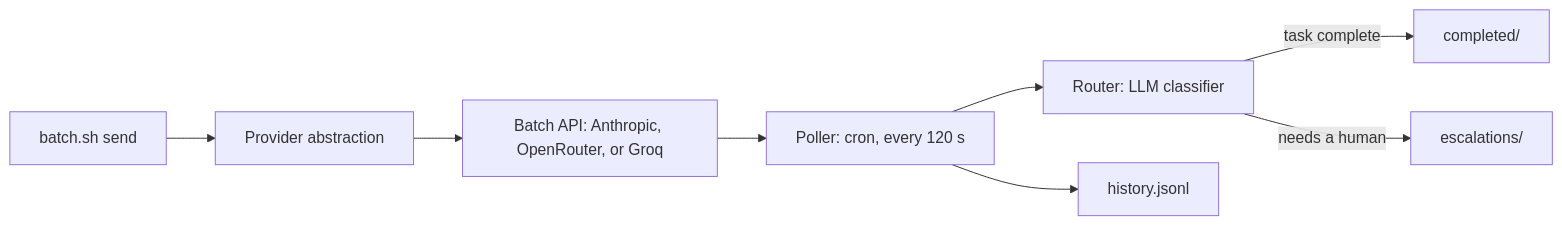
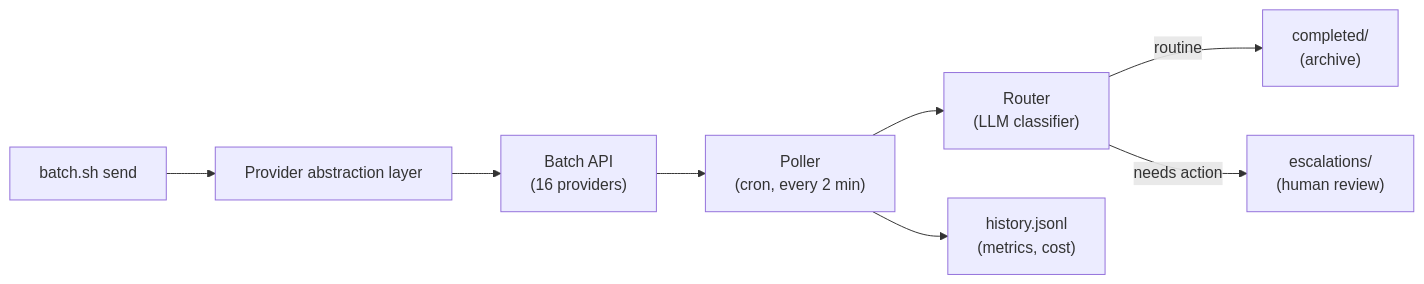
Before and after one commit to Hello-My-Name-Is-Kay/Batch-Processing-Helper: the diagram in README.md, drawn with Mermaid. The commit also changed other lines of this file, not shown here.

First line of the commit message:
docs: redesign README with TLDR and 16 providers documentation

````diff
--- a/README.md
+++ b/README.md
@@ -38,10 +44,10 @@
 ```mermaid
 flowchart LR
-    A[batch.sh send] --> B[Provider abstraction]
-    B --> C[Batch API: Anthropic, OpenRouter, or Groq]
-    C --> D[Poller: cron, every 120 s]
-    D --> E[Router: LLM classifier]
-    E -->|task complete| F[completed/]
-    E -->|needs a human| G[escalations/]
-    D --> I[history.jsonl]
+    A["batch.sh send"] --> B["Provider abstraction layer"]
+    B --> C["Batch API<br/>(16 providers)"]
+    C --> D["Poller<br/>(cron, every 2 min)"]
+    D --> E["Router<br/>(LLM classifier)"]
+    E -->|routine| F["completed/<br/>(archive)"]
+    E -->|needs action| G["escalations/<br/>(human review)"]
+    D --> H["history.jsonl<br/>(metrics, cost)"]
 ```
````
